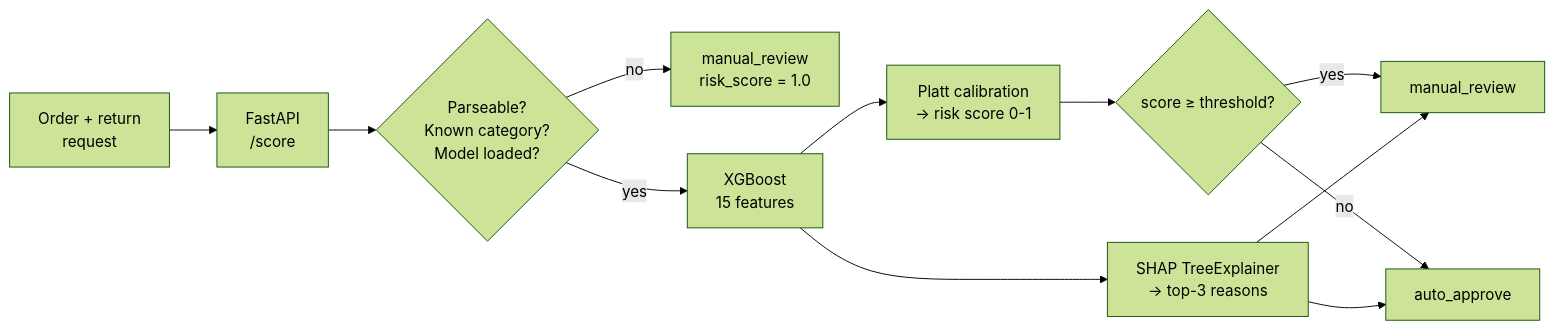
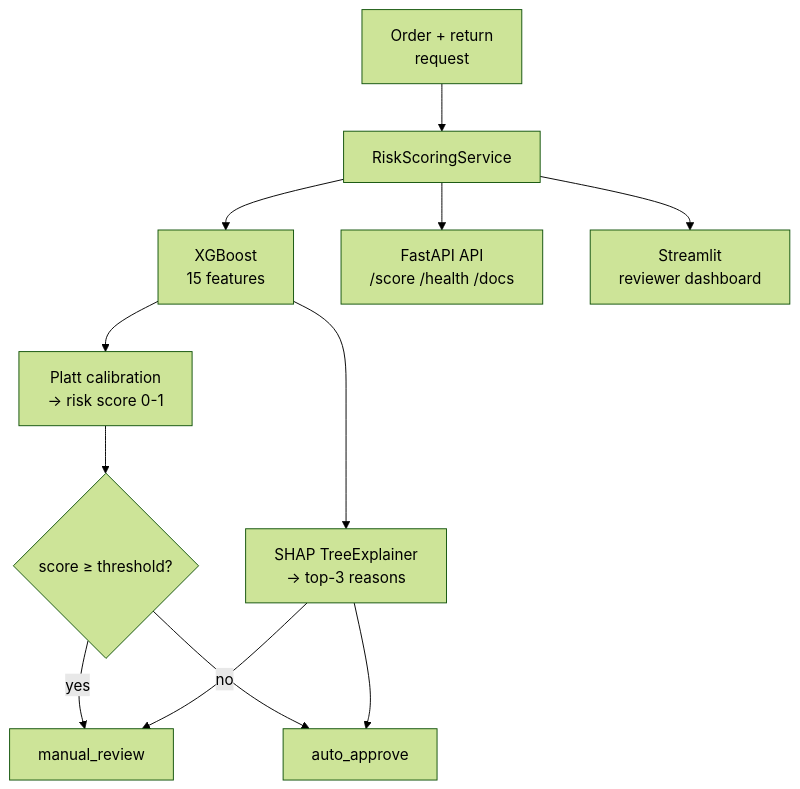
The diagram in README.md (udaytripathi51/return_risk_scorer), drawn with Mermaid (forest theme) before and after one commit. The commit also changed other lines of this file, not shown here.

````diff
--- a/README.md
+++ b/README.md
@@ -137,14 +155,17 @@
 ```mermaid
-flowchart LR
-    A["Order + return<br/>request"] --> B["FastAPI<br/>/score"]
-    B --> C{"Parseable?<br/>Known category?<br/>Model loaded?"}
-    C -->|"no"| F["manual_review<br/>risk_score = 1.0"]
-    C -->|"yes"| D["XGBoost<br/>15 features"]
-    D --> E["Platt calibration<br/>→ risk score 0-1"]
-    D --> G["SHAP TreeExplainer<br/>→ top-3 reasons"]
-    E --> H{"score ≥ threshold?"}
-    H -->|"yes"| I["manual_review"]
-    H -->|"no"| J["auto_approve"]
-    G --> I
-    G --> J
+flowchart TB
+    A["Order + return<br/>request"] --> S["RiskScoringService"]
+
+    S --> M1["XGBoost<br/>15 features"]
+    M1 --> M2["Platt calibration<br/>→ risk score 0-1"]
+    M1 --> M3["SHAP TreeExplainer<br/>→ top-3 reasons"]
+
+    M2 --> H{"score ≥ threshold?"}
+    H -->|"yes"| R["manual_review"]
+    H -->|"no"| AP["auto_approve"]
+    M3 --> R
+    M3 --> AP
+
+    S --> API["FastAPI API<br/>/score /health /docs"]
+    S --> UI["Streamlit<br/>reviewer dashboard"]
 ```
````
